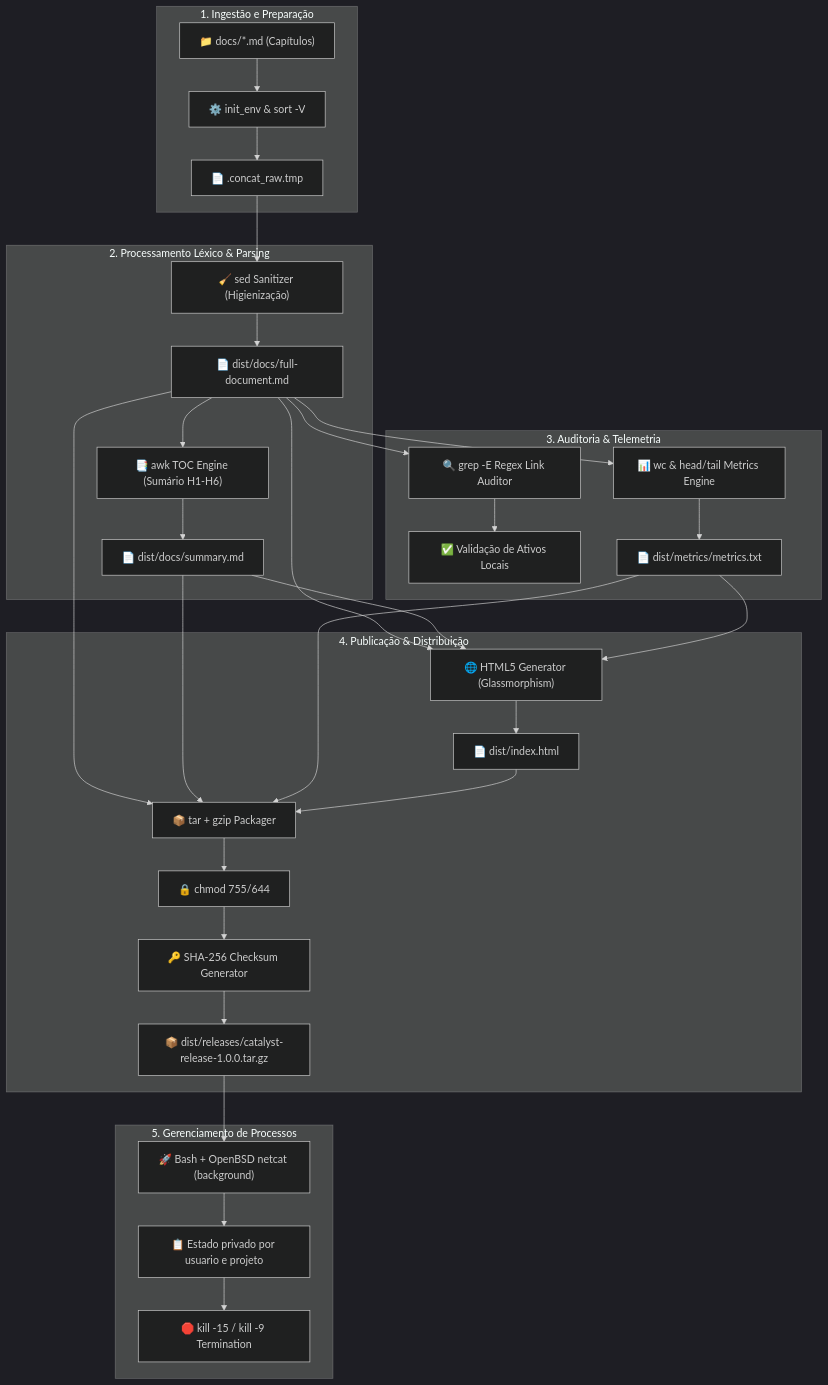
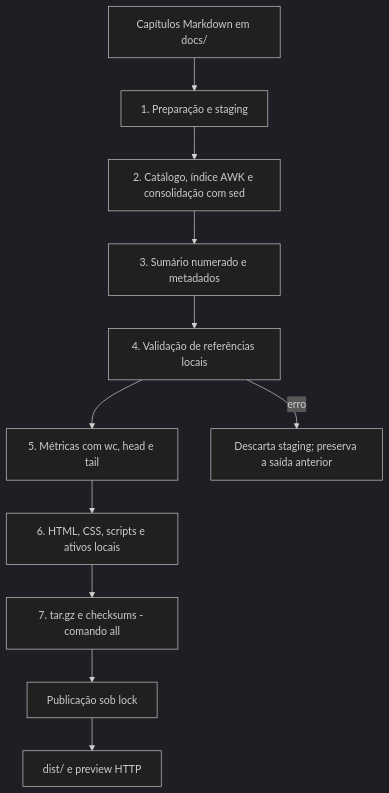
The diagram in docs/02-architecture.md (matheustheus27/CatalystShellEngine), drawn with Mermaid (dark theme) before and after one commit. The commit also changed other lines of this file and 12 other files, not shown here.

````diff
--- a/docs/02-architecture.md
+++ b/docs/02-architecture.md
@@ -17,42 +7,13 @@
 ```mermaid
 flowchart TD
-    subgraph INGESTION ["1. Ingestão e Preparação"]
-        A["📁 docs/*.md (Capítulos)"] --> B["⚙️ init_env & sort -V"]
-        B --> C["📄 .concat_raw.tmp"]
-    end
-
-    subgraph PROCESSING ["2. Processamento Léxico & Parsing"]
-        C --> D["🧹 sed Sanitizer (Higienização)"]
-        D --> E["📄 dist/docs/full-document.md"]
-        E --> F["📑 awk TOC Engine (Sumário H1-H6)"]
-        F --> G["📄 dist/docs/summary.md"]
-    end
-
-    subgraph AUDIT ["3. Auditoria & Telemetria"]
-        E --> H["🔍 grep -E Regex Link Auditor"]
-        H --> I["✅ Validação de Ativos Locais"]
-        E --> J["📊 wc & head/tail Metrics Engine"]
-        J --> K["📄 dist/metrics/metrics.txt"]
-    end
-
-    subgraph ARTIFACTS ["4. Publicação & Distribuição"]
-        E --> L["🌐 HTML5 Generator (Glassmorphism)"]
-        G --> L
-        K --> L
-        L --> M["📄 dist/index.html"]
-        
-        E --> N["📦 tar + gzip Packager"]
-        G --> N
-        K --> N
-        M --> N
-        N --> O["🔒 chmod 755/644"]
-        O --> P["🔑 SHA-256 Checksum Generator"]
-        P --> Q["📦 dist/releases/catalyst-release-1.0.0.tar.gz"]
-    end
-
-    subgraph LIFECYCLE ["5. Gerenciamento de Processos"]
-        Q --> R["🚀 Bash + OpenBSD netcat (background)"]
-        R --> S["📋 Estado privado por usuario e projeto"]
-        S --> T["🛑 kill -15 / kill -9 Termination"]
-    end
+    A["Capítulos Markdown em docs/"] --> B["1. Preparação e staging"]
+    B --> C["2. Catálogo, índice AWK e consolidação com sed"]
+    C --> D["3. Sumário numerado e metadados"]
+    D --> E["4. Validação de referências locais"]
+    E --> F["5. Métricas com wc, head e tail"]
+    F --> G["6. HTML, CSS, scripts e ativos locais"]
+    G --> H["7. tar.gz e checksums - comando all"]
+    H --> I["Publicação sob lock"]
+    I --> J["dist/ e preview HTTP"]
+    E -->|"erro"| K["Descarta staging; preserva a saída anterior"]
 ```
````
